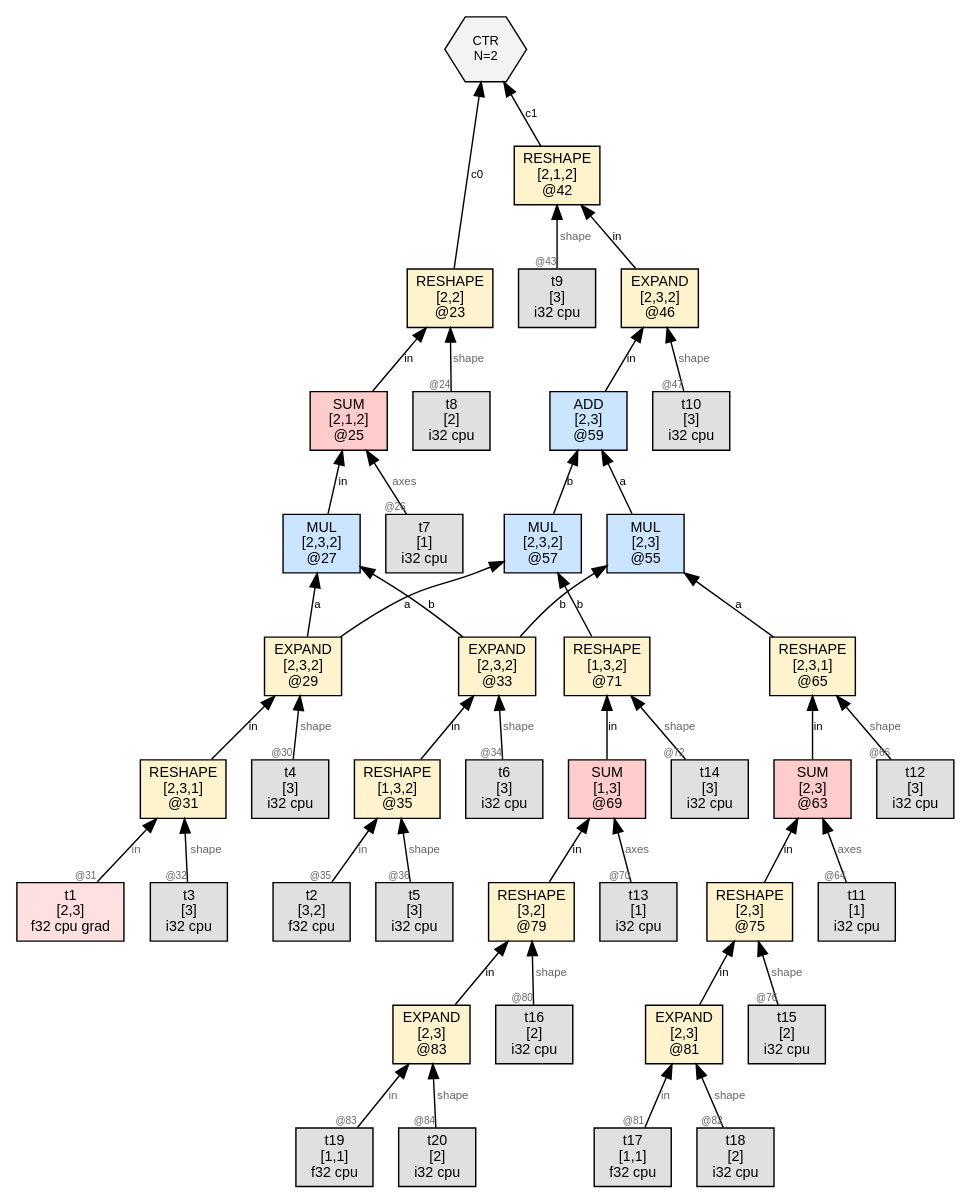
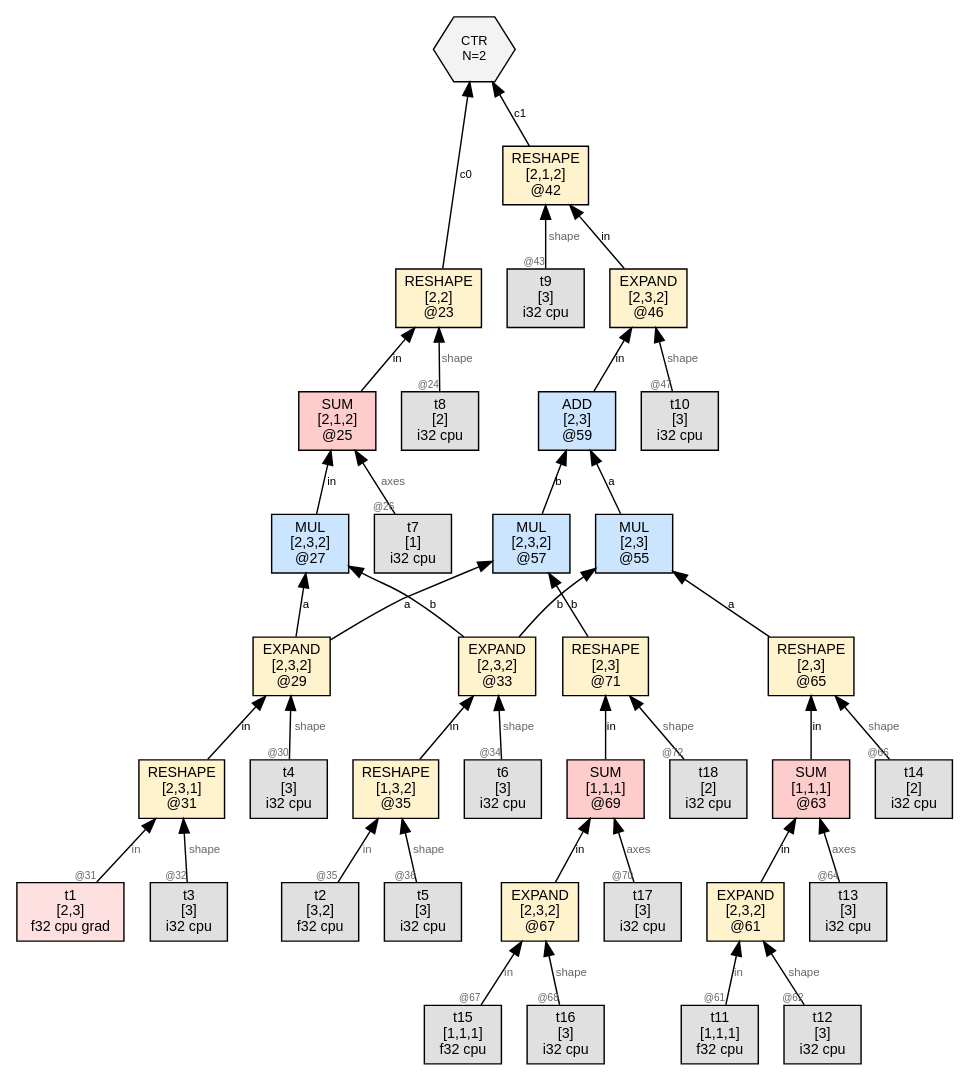
Before and after one commit to sw1sh/TinyHVM: the diagram in wl/examples/thvm_graphs/grad_rules/mm/thvm_1_post_reduce.dot, drawn with Graphviz. The commit also changed 19 other files, not shown here.

First line of the commit message:
grad: EXPAND rule direct-emit — 105/105 e2e pass CPU+Metal

```diff
--- a/wl/examples/thvm_graphs/grad_rules/mm/thvm_1_post_reduce.dot
+++ b/wl/examples/thvm_graphs/grad_rules/mm/thvm_1_post_reduce.dot
@@ -1,89 +1,81 @@
 digraph G {
   rankdir=BT;
   node [fontname="Helvetica", fontsize=10, style=filled, shape=box, margin="0.1,0.05"];
   edge [fontsize=8, fontname="Helvetica"];
 
   n23 [label="RESHAPE\n[2,2]\n@23", shape=box, fillcolor="#fff3cd"];
   n25 -> n23 [label="in"];
   t8 [label="t8\n[2]\ni32 cpu",shape=box,fillcolor="#e0e0e0"];
   t8 -> n23 [label="shape",taillabel="@24",labelfontsize=7,fontcolor="#666666"];
   n42 [label="RESHAPE\n[2,1,2]\n@42", shape=box, fillcolor="#fff3cd"];
   n46 -> n42 [label="in"];
   t9 [label="t9\n[3]\ni32 cpu",shape=box,fillcolor="#e0e0e0"];
   t9 -> n42 [label="shape",taillabel="@43",labelfontsize=7,fontcolor="#666666"];
   n25 [label="SUM\n[2,1,2]\n@25", shape=box, fillcolor="#ffcccc"];
   n27 -> n25 [label="in"];
   t7 [label="t7\n[1]\ni32 cpu",shape=box,fillcolor="#e0e0e0"];
   t7 -> n25 [label="axes",taillabel="@26",labelfontsize=7,fontcolor="#666666"];
   n27 [label="MUL\n[2,3,2]\n@27", shape=box, fillcolor="#cce5ff"];
   n29 -> n27 [label="a"];
   n33 -> n27 [label="b"];
   n29 [label="EXPAND\n[2,3,2]\n@29", shape=box, fillcolor="#fff3cd"];
   n31 -> n29 [label="in"];
   t4 [label="t4\n[3]\ni32 cpu",shape=box,fillcolor="#e0e0e0"];
   t4 -> n29 [label="shape",taillabel="@30",labelfontsize=7,fontcolor="#666666"];
   n33 [label="EXPAND\n[2,3,2]\n@33", shape=box, fillcolor="#fff3cd"];
   n35 -> n33 [label="in"];
   t6 [label="t6\n[3]\ni32 cpu",shape=box,fillcolor="#e0e0e0"];
   t6 -> n33 [label="shape",taillabel="@34",labelfontsize=7,fontcolor="#666666"];
   n31 [label="RESHAPE\n[2,3,1]\n@31", shape=box, fillcolor="#fff3cd"];
   t1 [label="t1\n[2,3]\nf32 cpu grad",shape=box,fillcolor="#ffe0e0"];
   t1 -> n31 [label="in",taillabel="@31",labelfontsize=7,fontcolor="#666666"];
   t3 [label="t3\n[3]\ni32 cpu",shape=box,fillcolor="#e0e0e0"];
   t3 -> n31 [label="shape",taillabel="@32",labelfontsize=7,fontcolor="#666666"];
   n35 [label="RESHAPE\n[1,3,2]\n@35", shape=box, fillcolor="#fff3cd"];
   t2 [label="t2\n[3,2]\nf32 cpu",shape=box,fillcolor="#e0e0e0"];
   t2 -> n35 [label="in",taillabel="@35",labelfontsize=7,fontcolor="#666666"];
   t5 [label="t5\n[3]\ni32 cpu",shape=box,fillcolor="#e0e0e0"];
   t5 -> n35 [label="shape",taillabel="@36",labelfontsize=7,fontcolor="#666666"];
   ctr20 [label="CTR\nN=2", shape=hexagon, fillcolor="#f3f3f3", fontsize=9];
   n23 -> ctr20 [label="c0"];
   n42 -> ctr20 [label="c1"];
   n46 [label="EXPAND\n[2,3,2]\n@46", shape=box, fillcolor="#fff3cd"];
   n59 -> n46 [label="in"];
   t10 [label="t10\n[3]\ni32 cpu",shape=box,fillcolor="#e0e0e0"];
   t10 -> n46 [label="shape",taillabel="@47",labelfontsize=7,fontcolor="#666666"];
   n59 [label="ADD\n[2,3]\n@59", shape=box, fillcolor="#cce5ff"];
   n55 -> n59 [label="a"];
   n57 -> n59 [label="b"];
-  n65 [label="RESHAPE\n[2,3,1]\n@65", shape=box, fillcolor="#fff3cd"];
+  n65 [label="RESHAPE\n[2,3]\n@65", shape=box, fillcolor="#fff3cd"];
   n63 -> n65 [label="in"];
-  t12 [label="t12\n[3]\ni32 cpu",shape=box,fillcolor="#e0e0e0"];
-  t12 -> n65 [label="shape",taillabel="@66",labelfontsize=7,fontcolor="#666666"];
-  n71 [label="RESHAPE\n[1,3,2]\n@71", shape=box, fillcolor="#fff3cd"];
+  t14 [label="t14\n[2]\ni32 cpu",shape=box,fillcolor="#e0e0e0"];
+  t14 -> n65 [label="shape",taillabel="@66",labelfontsize=7,fontcolor="#666666"];
+  n71 [label="RESHAPE\n[2,3]\n@71", shape=box, fillcolor="#fff3cd"];
   n69 -> n71 [label="in"];
-  t14 [label="t14\n[3]\ni32 cpu",shape=box,fillcolor="#e0e0e0"];
-  t14 -> n71 [label="shape",taillabel="@72",labelfontsize=7,fontcolor="#666666"];
+  t18 [label="t18\n[2]\ni32 cpu",shape=box,fillcolor="#e0e0e0"];
+  t18 -> n71 [label="shape",taillabel="@72",labelfontsize=7,fontcolor="#666666"];
   n55 [label="MUL\n[2,3]\n@55", shape=box, fillcolor="#cce5ff"];
   n65 -> n55 [label="a"];
   n33 -> n55 [label="b"];
   n57 [label="MUL\n[2,3,2]\n@57", shape=box, fillcolor="#cce5ff"];
   n29 -> n57 [label="a"];
   n71 -> n57 [label="b"];
-  n75 [label="RESHAPE\n[2,3]\n@75", shape=box, fillcolor="#fff3cd"];
-  n81 -> n75 [label="in"];
-  t15 [label="t15\n[2]\ni32 cpu",shape=box,fillcolor="#e0e0e0"];
-  t15 -> n75 [label="shape",taillabel="@76",labelfontsize=7,fontcolor="#666666"];
-  n63 [label="SUM\n[2,3]\n@63", shape=box, fillcolor="#ffcccc"];
-  n75 -> n63 [label="in"];
-  t11 [label="t11\n[1]\ni32 cpu",shape=box,fillcolor="#e0e0e0"];
-  t11 -> n63 [label="axes",taillabel="@64",labelfontsize=7,fontcolor="#666666"];
-  n79 [label="RESHAPE\n[3,2]\n@79", shape=box, fillcolor="#fff3cd"];
-  n83 -> n79 [label="in"];
-  t16 [label="t16\n[2]\ni32 cpu",shape=box,fillcolor="#e0e0e0"];
-  t16 -> n79 [label="shape",taillabel="@80",labelfontsize=7,fontcolor="#666666"];
-  n69 [label="SUM\n[1,3]\n@69", shape=box, fillcolor="#ffcccc"];
-  n79 -> n69 [label="in"];
-  t13 [label="t13\n[1]\ni32 cpu",shape=box,fillcolor="#e0e0e0"];
-  t13 -> n69 [label="axes",taillabel="@70",labelfontsize=7,fontcolor="#666666"];
-  n81 [label="EXPAND\n[2,3]\n@81", shape=box, fillcolor="#fff3cd"];
-  t17 [label="t17\n[1,1]\nf32 cpu",shape=box,fillcolor="#e0e0e0"];
-  t17 -> n81 [label="in",taillabel="@81",labelfontsize=7,fontcolor="#666666"];
-  t18 [label="t18\n[2]\ni32 cpu",shape=box,fillcolor="#e0e0e0"];
-  t18 -> n81 [label="shape",taillabel="@82",labelfontsize=7,fontcolor="#666666"];
-  n83 [label="EXPAND\n[2,3]\n@83", shape=box, fillcolor="#fff3cd"];
-  t19 [label="t19\n[1,1]\nf32 cpu",shape=box,fillcolor="#e0e0e0"];
-  t19 -> n83 [label="in",taillabel="@83",labelfontsize=7,fontcolor="#666666"];
-  t20 [label="t20\n[2]\ni32 cpu",shape=box,fillcolor="#e0e0e0"];
-  t20 -> n83 [label="shape",taillabel="@84",labelfontsize=7,fontcolor="#666666"];
+  n61 [label="EXPAND\n[2,3,2]\n@61", shape=box, fillcolor="#fff3cd"];
+  t11 [label="t11\n[1,1,1]\nf32 cpu",shape=box,fillcolor="#e0e0e0"];
+  t11 -> n61 [label="in",taillabel="@61",labelfontsize=7,fontcolor="#666666"];
+  t12 [label="t12\n[3]\ni32 cpu",shape=box,fillcolor="#e0e0e0"];
+  t12 -> n61 [label="shape",taillabel="@62",labelfontsize=7,fontcolor="#666666"];
+  n63 [label="SUM\n[1,1,1]\n@63", shape=box, fillcolor="#ffcccc"];
+  n61 -> n63 [label="in"];
+  t13 [label="t13\n[3]\ni32 cpu",shape=box,fillcolor="#e0e0e0"];
+  t13 -> n63 [label="axes",taillabel="@64",labelfontsize=7,fontcolor="#666666"];
+  n67 [label="EXPAND\n[2,3,2]\n@67", shape=box, fillcolor="#fff3cd"];
+  t15 [label="t15\n[1,1,1]\nf32 cpu",shape=box,fillcolor="#e0e0e0"];
+  t15 -> n67 [label="in",taillabel="@67",labelfontsize=7,fontcolor="#666666"];
+  t16 [label="t16\n[3]\ni32 cpu",shape=box,fillcolor="#e0e0e0"];
+  t16 -> n67 [label="shape",taillabel="@68",labelfontsize=7,fontcolor="#666666"];
+  n69 [label="SUM\n[1,1,1]\n@69", shape=box, fillcolor="#ffcccc"];
+  n67 -> n69 [label="in"];
+  t17 [label="t17\n[3]\ni32 cpu",shape=box,fillcolor="#e0e0e0"];
+  t17 -> n69 [label="axes",taillabel="@70",labelfontsize=7,fontcolor="#666666"];
 }
```
